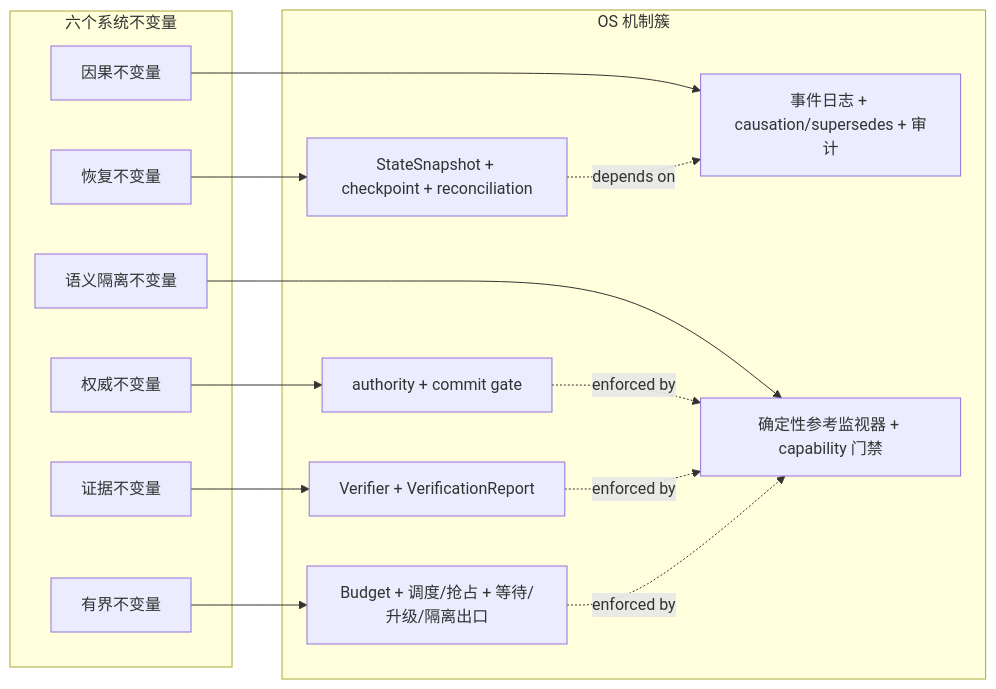
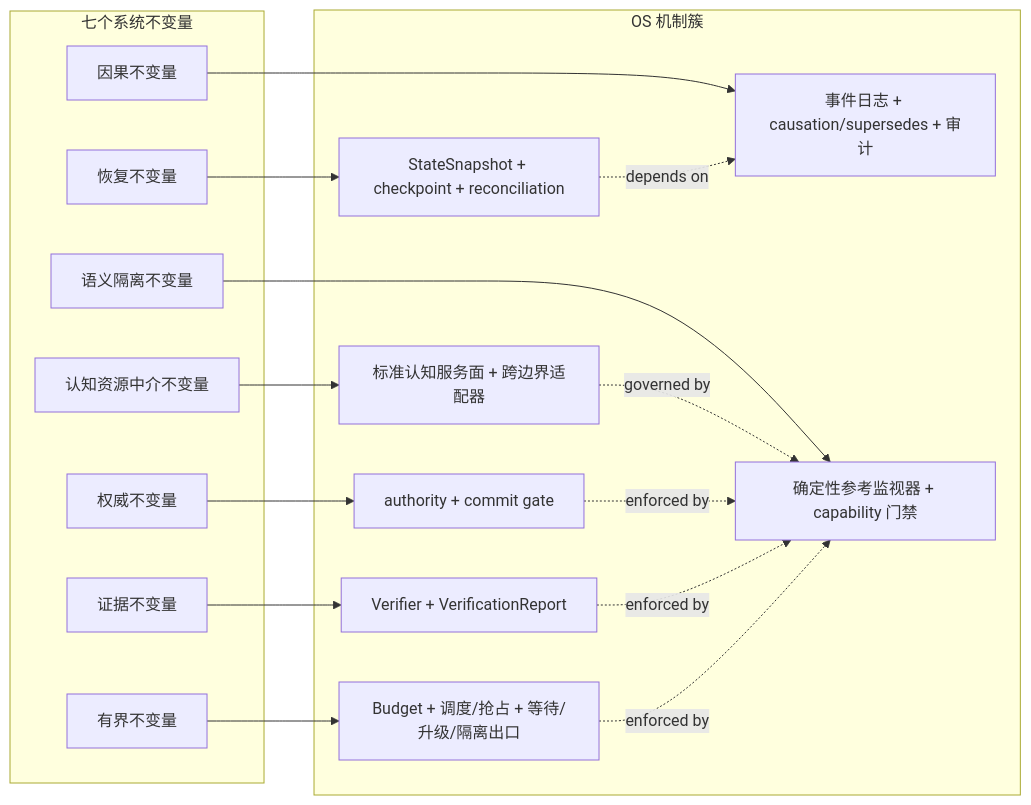
Before and after one commit to agentkernel/cognitive-os: the first of 12 diagrams in CognitiveOS-Architecture.md, drawn with Mermaid. The commit also changed other lines of this file and 42 other files, not shown here.

````diff
--- a/CognitiveOS-Architecture.md
+++ b/CognitiveOS-Architecture.md
@@ -226,29 +234,33 @@
 ```mermaid
 flowchart LR
-  subgraph INV[六个系统不变量]
+  subgraph INV[七个系统不变量]
     I1["权威不变量"]
     I2["因果不变量"]
     I3["证据不变量"]
     I4["有界不变量"]
     I5["恢复不变量"]
     I6["语义隔离不变量"]
+    I7["认知资源中介不变量"]
   end
   subgraph MECH[OS 机制簇]
     M1["authority + commit gate"]
     M2["事件日志 + causation/supersedes + 审计"]
     M3["Verifier + VerificationReport"]
     M4["Budget + 调度/抢占 + 等待/升级/隔离出口"]
     M5["StateSnapshot + checkpoint + reconciliation"]
     M6["确定性参考监视器 + capability 门禁"]
+    M7["标准认知服务面 + 跨边界适配器"]
   end
   I1 --> M1
   I2 --> M2
   I3 --> M3
   I4 --> M4
   I5 --> M5
   I6 --> M6
+  I7 --> M7
+  M7 -. governed by .-> M6
   M1 -. enforced by .-> M6
   M3 -. enforced by .-> M6
   M5 -. depends on .-> M2
   M4 -. enforced by .-> M6
 ```
````
